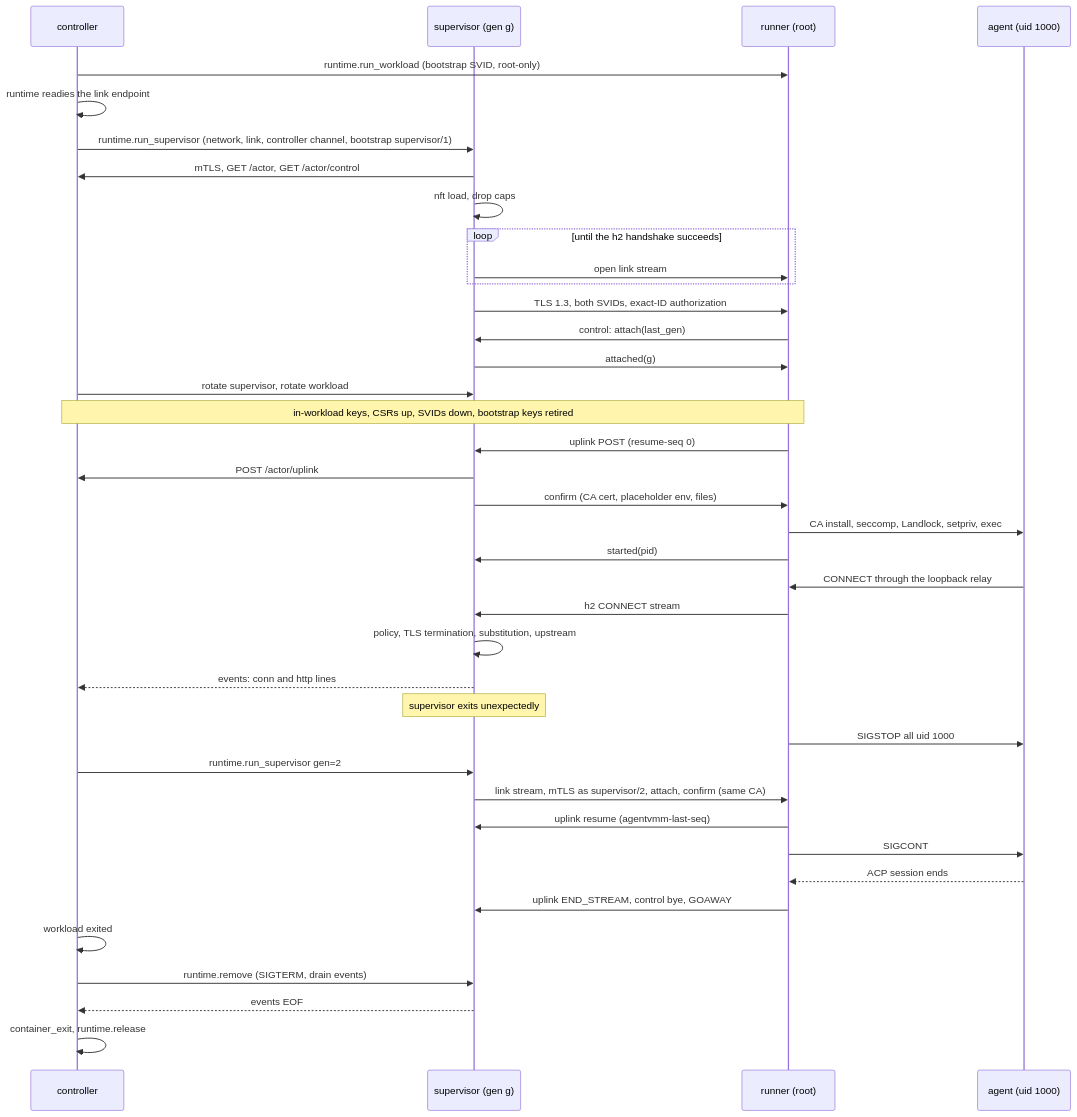
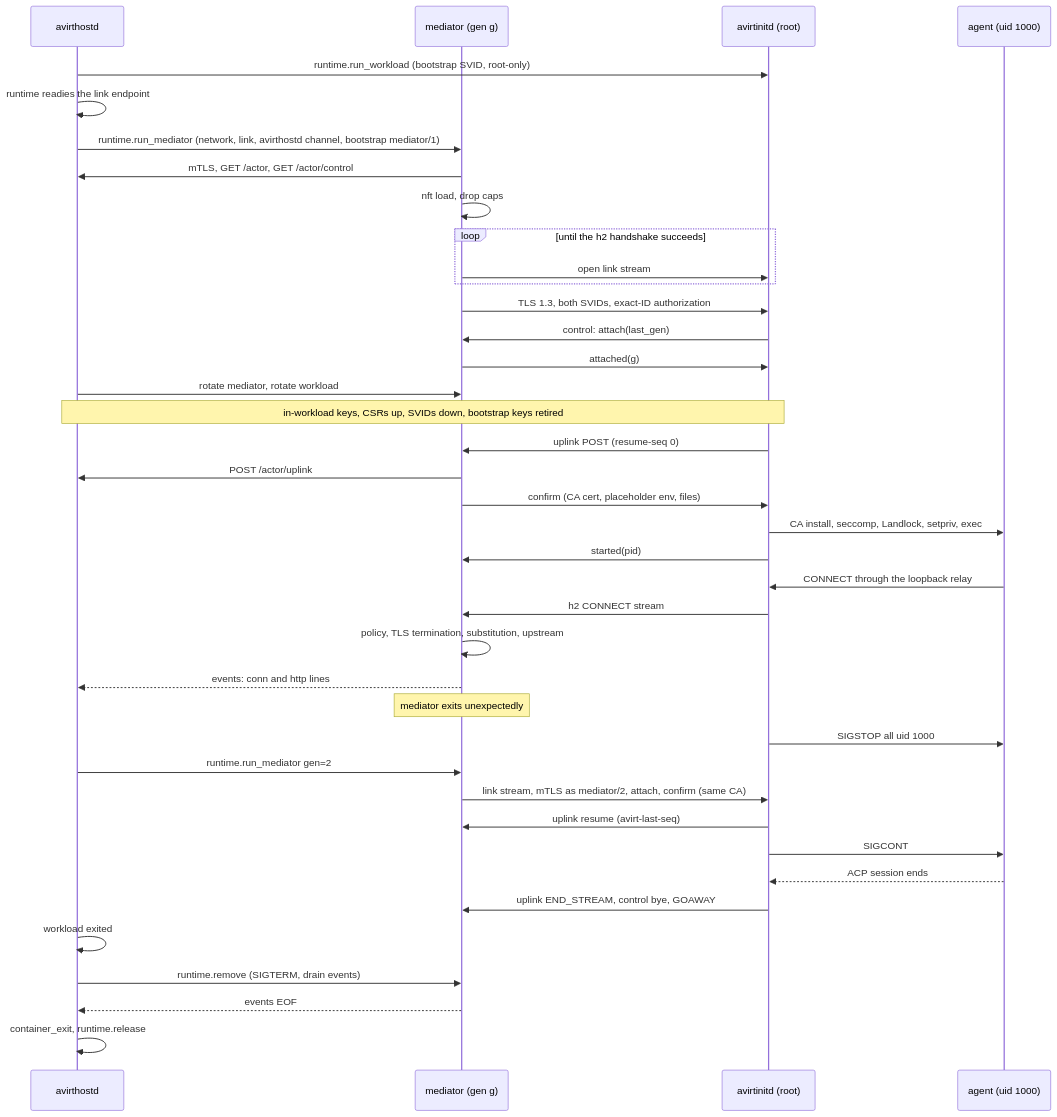
One commit to tbhb-dev/avirt changed the diagram in docs/actor-topology.md. Above: the diagram before and after it, drawn with Mermaid. The commit also changed other lines of this file and 94 other files, not shown here.

````diff
--- a/docs/actor-topology.md
+++ b/docs/actor-topology.md
@@ -86,41 +86,41 @@
 ```mermaid
 sequenceDiagram
-    participant C as controller
-    participant S as supervisor (gen g)
-    participant R as runner (root)
+    participant C as avirthostd
+    participant S as mediator (gen g)
+    participant R as avirtinitd (root)
     participant A as agent (uid 1000)
     C->>R: runtime.run_workload (bootstrap SVID, root-only)
     C->>C: runtime readies the link endpoint
-    C->>S: runtime.run_supervisor (network, link, controller channel, bootstrap supervisor/1)
+    C->>S: runtime.run_mediator (network, link, avirthostd channel, bootstrap mediator/1)
     S->>C: mTLS, GET /actor, GET /actor/control
     S->>S: nft load, drop caps
     loop until the h2 handshake succeeds
         S->>R: open link stream
     end
     S->>R: TLS 1.3, both SVIDs, exact-ID authorization
     R->>S: control: attach(last_gen)
     S->>R: attached(g)
-    C->>S: rotate supervisor, rotate workload
+    C->>S: rotate mediator, rotate workload
     Note over C,R: in-workload keys, CSRs up, SVIDs down, bootstrap keys retired
     R->>S: uplink POST (resume-seq 0)
     S->>C: POST /actor/uplink
     S->>R: confirm (CA cert, placeholder env, files)
     R->>A: CA install, seccomp, Landlock, setpriv, exec
     R->>S: started(pid)
     A->>R: CONNECT through the loopback relay
     R->>S: h2 CONNECT stream
     S->>S: policy, TLS termination, substitution, upstream
     S-->>C: events: conn and http lines
-    Note over S: supervisor exits unexpectedly
+    Note over S: mediator exits unexpectedly
     R->>A: SIGSTOP all uid 1000
-    C->>S: runtime.run_supervisor gen=2
-    S->>R: link stream, mTLS as supervisor/2, attach, confirm (same CA)
-    R->>S: uplink resume (agentvmm-last-seq)
+    C->>S: runtime.run_mediator gen=2
+    S->>R: link stream, mTLS as mediator/2, attach, confirm (same CA)
+    R->>S: uplink resume (avirt-last-seq)
     R->>A: SIGCONT
     A-->>R: ACP session ends
     R->>S: uplink END_STREAM, control bye, GOAWAY
     C->>C: workload exited
     C->>S: runtime.remove (SIGTERM, drain events)
     S-->>C: events EOF
     C->>C: container_exit, runtime.release
 ```
````
